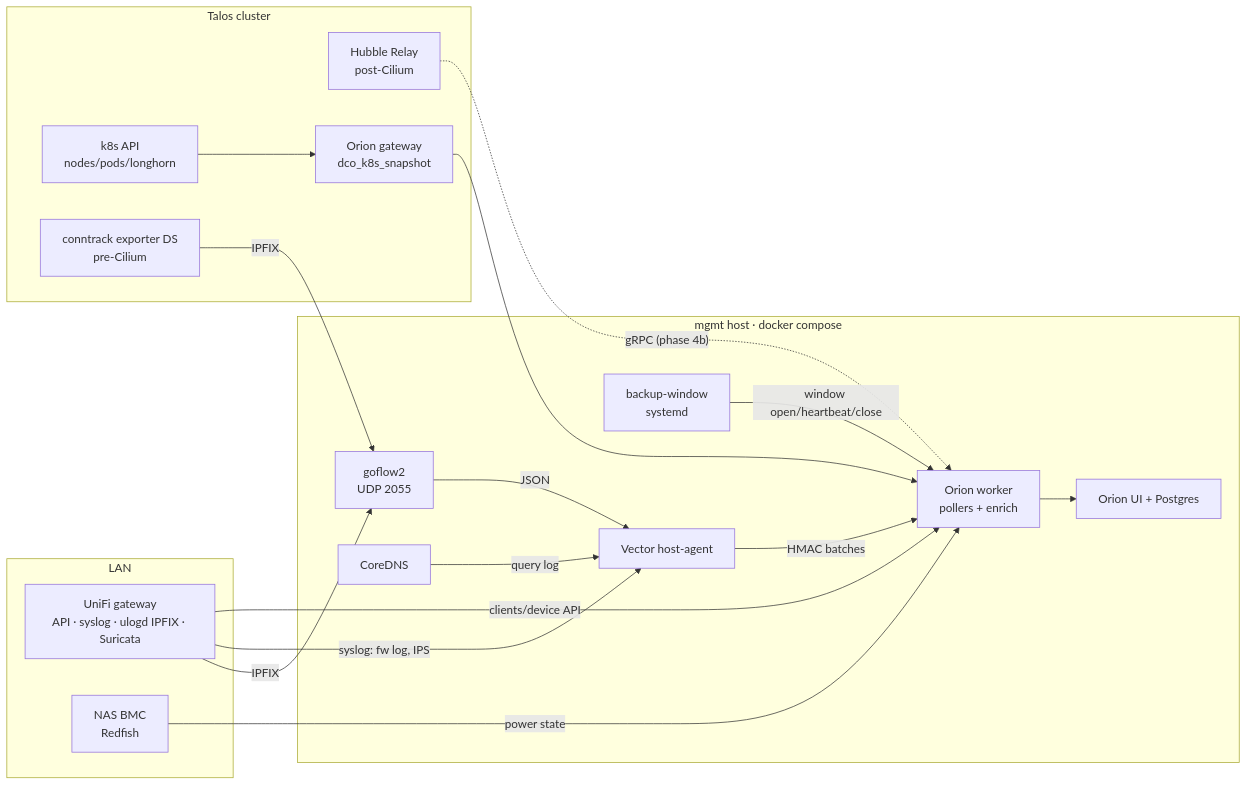
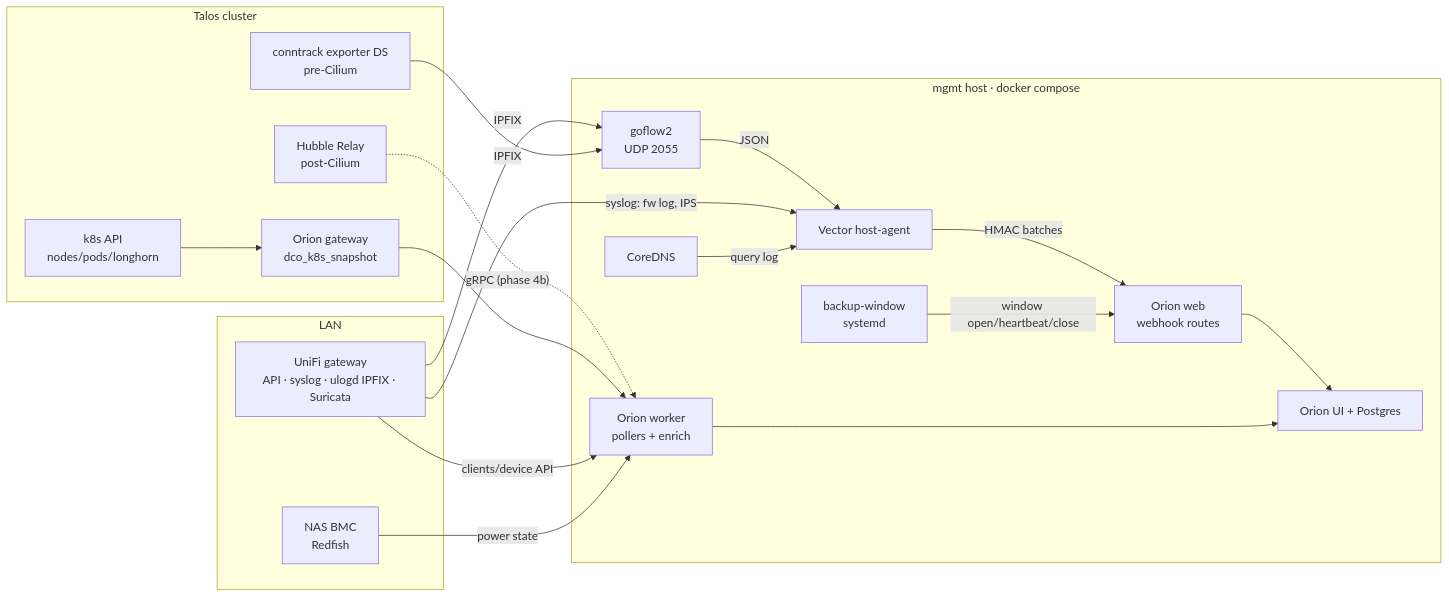
One commit to richard-callis/orion-web changed the diagram in docs/design/dco-visibility.md. Above: the diagram before and after it, drawn with Mermaid. The commit also changed other lines of this file, not shown here.

````diff
--- a/docs/design/dco-visibility.md
+++ b/docs/design/dco-visibility.md
@@ -57,33 +57,35 @@
 ```mermaid
 flowchart LR
   subgraph LAN
     UDM[UniFi gateway<br/>API · syslog · ulogd IPFIX · Suricata]
     BMC[NAS BMC<br/>Redfish]
   end
   subgraph Cluster[Talos cluster]
     K8S[k8s API<br/>nodes/pods/longhorn]
     CT[conntrack exporter DS<br/>pre-Cilium]
     HUB[Hubble Relay<br/>post-Cilium]
     GW[Orion gateway<br/>dco_k8s_snapshot]
   end
   subgraph mgmt[mgmt host · docker compose]
     GF[goflow2<br/>UDP 2055]
     DNS[CoreDNS]
     VEC[Vector host-agent]
+    WEB[Orion web<br/>webhook routes]
     W[Orion worker<br/>pollers + enrich]
     UI[Orion UI + Postgres]
     TMR[backup-window<br/>systemd]
   end
   UDM -- IPFIX --> GF
   CT -- IPFIX --> GF
   GF -- JSON --> VEC
   UDM -- syslog: fw log, IPS --> VEC
   DNS -- query log --> VEC
-  VEC -- HMAC batches --> W
+  VEC -- HMAC batches --> WEB
   HUB -. gRPC (phase 4b) .-> W
   K8S --> GW --> W
   UDM -- clients/device API --> W
   BMC -- power state --> W
-  TMR -- window open/heartbeat/close --> W
+  TMR -- window open/heartbeat/close --> WEB
+  WEB --> UI
   W --> UI
 ```
````
